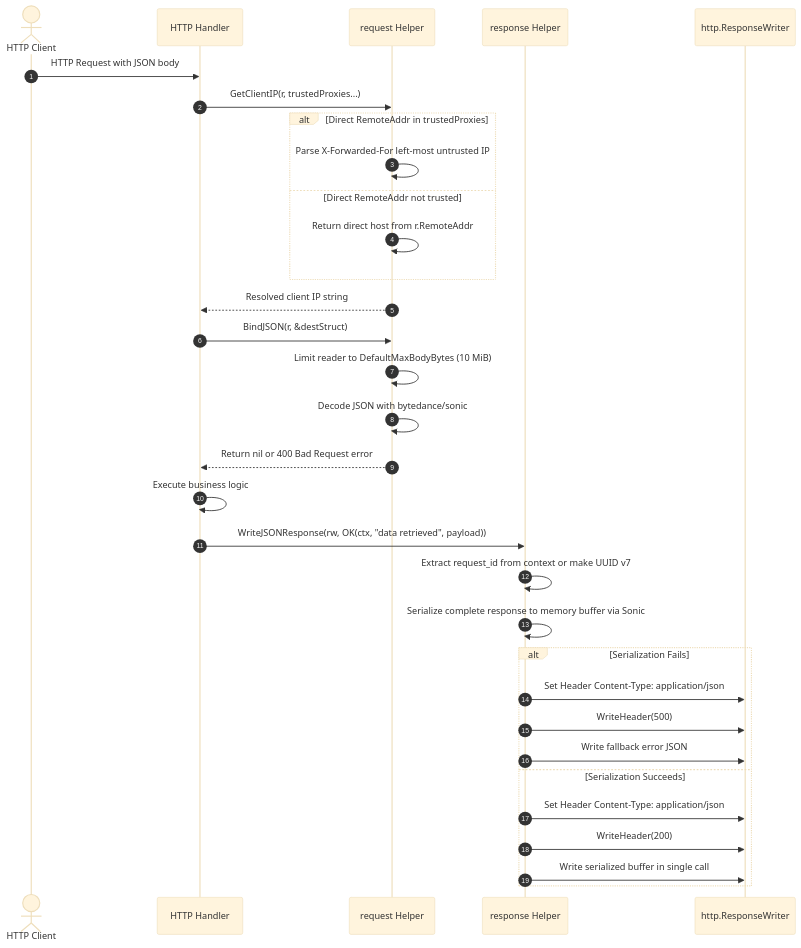
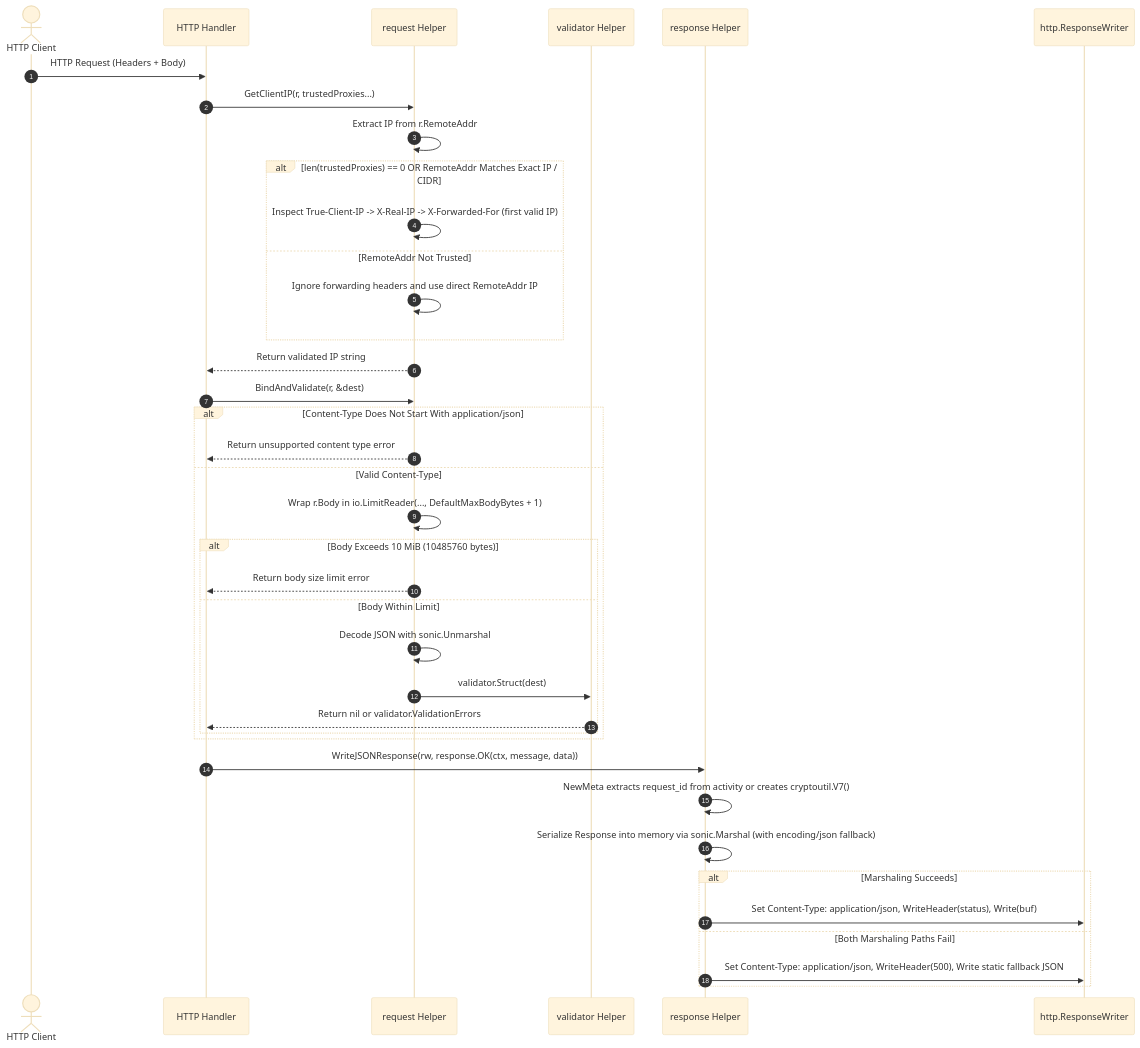
The sixth of 10 diagrams in README.md (Jkenyut/nvx-go-helper), drawn with Mermaid (base theme) before and after one commit. The commit also changed other lines of this file, not shown here.

Commit message:
docs: update technical documentation and package architecture in README

````diff
--- a/README.md
+++ b/README.md
@@ -223,38 +322,43 @@
 ```mermaid
 sequenceDiagram
     autonumber
     actor Client as HTTP Client
     participant Handler as HTTP Handler
     participant Req as request Helper
+    participant Val as validator Helper
     participant Resp as response Helper
     participant RW as http.ResponseWriter
 
-    Client->>Handler: HTTP Request with JSON body
+    Client->>Handler: HTTP Request (Headers + Body)
     Handler->>Req: GetClientIP(r, trustedProxies...)
-    alt Direct RemoteAddr in trustedProxies
-        Req->>Req: Parse X-Forwarded-For left-most untrusted IP
-    else Direct RemoteAddr not trusted
-        Req->>Req: Return direct host from r.RemoteAddr
+    Req->>Req: Extract IP from r.RemoteAddr
+    alt len(trustedProxies) == 0 OR RemoteAddr Matches Exact IP / CIDR
+        Req->>Req: Inspect True-Client-IP -> X-Real-IP -> X-Forwarded-For (first valid IP)
+    else RemoteAddr Not Trusted
+        Req->>Req: Ignore forwarding headers and use direct RemoteAddr IP
     end
-    Req-->>Handler: Resolved client IP string
+    Req-->>Handler: Return validated IP string
 
-    Handler->>Req: BindJSON(r, &destStruct)
-    Req->>Req: Limit reader to DefaultMaxBodyBytes (10 MiB)
-    Req->>Req: Decode JSON with bytedance/sonic
-    Req-->>Handler: Return nil or 400 Bad Request error
+    Handler->>Req: BindAndValidate(r, &dest)
+    alt Content-Type Does Not Start With application/json
+        Req-->>Handler: Return unsupported content type error
+    else Valid Content-Type
+        Req->>Req: Wrap r.Body in io.LimitReader(..., DefaultMaxBodyBytes + 1)
+        alt Body Exceeds 10 MiB (10485760 bytes)
+            Req-->>Handler: Return body size limit error
+        else Body Within Limit
+            Req->>Req: Decode JSON with sonic.Unmarshal
+            Req->>Val: validator.Struct(dest)
+            Val-->>Handler: Return nil or validator.ValidationErrors
+        end
+    end
 
-    Handler->>Handler: Execute business logic
-
-    Handler->>Resp: WriteJSONResponse(rw, OK(ctx, "data retrieved", payload))
-    Resp->>Resp: Extract request_id from context or make UUID v7
-    Resp->>Resp: Serialize complete response to memory buffer via Sonic
-    alt Serialization Fails
-        Resp->>RW: Set Header Content-Type: application/json
-        Resp->>RW: WriteHeader(500)
-        Resp->>RW: Write fallback error JSON
-    else Serialization Succeeds
-        Resp->>RW: Set Header Content-Type: application/json
-        Resp->>RW: WriteHeader(200)
-        Resp->>RW: Write serialized buffer in single call
+    Handler->>Resp: WriteJSONResponse(rw, response.OK(ctx, message, data))
+    Resp->>Resp: NewMeta extracts request_id from activity or creates cryptoutil.V7()
+    Resp->>Resp: Serialize Response into memory via sonic.Marshal (with encoding/json fallback)
+    alt Marshaling Succeeds
+        Resp->>RW: Set Content-Type: application/json, WriteHeader(status), Write(buf)
+    else Both Marshaling Paths Fail
+        Resp->>RW: Set Content-Type: application/json, WriteHeader(500), Write static fallback JSON
     end
 ```
````
